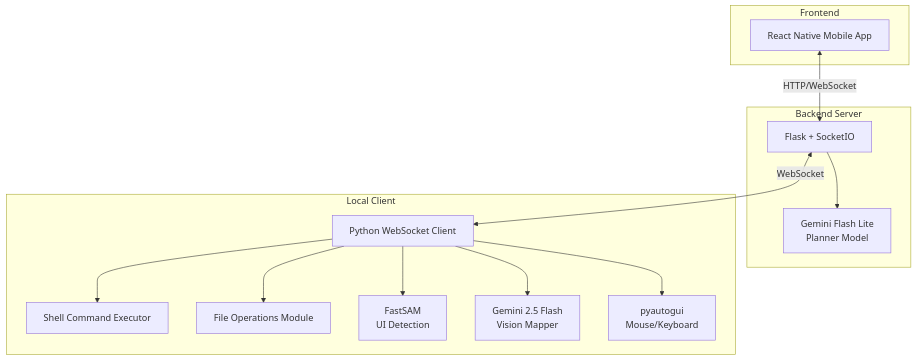
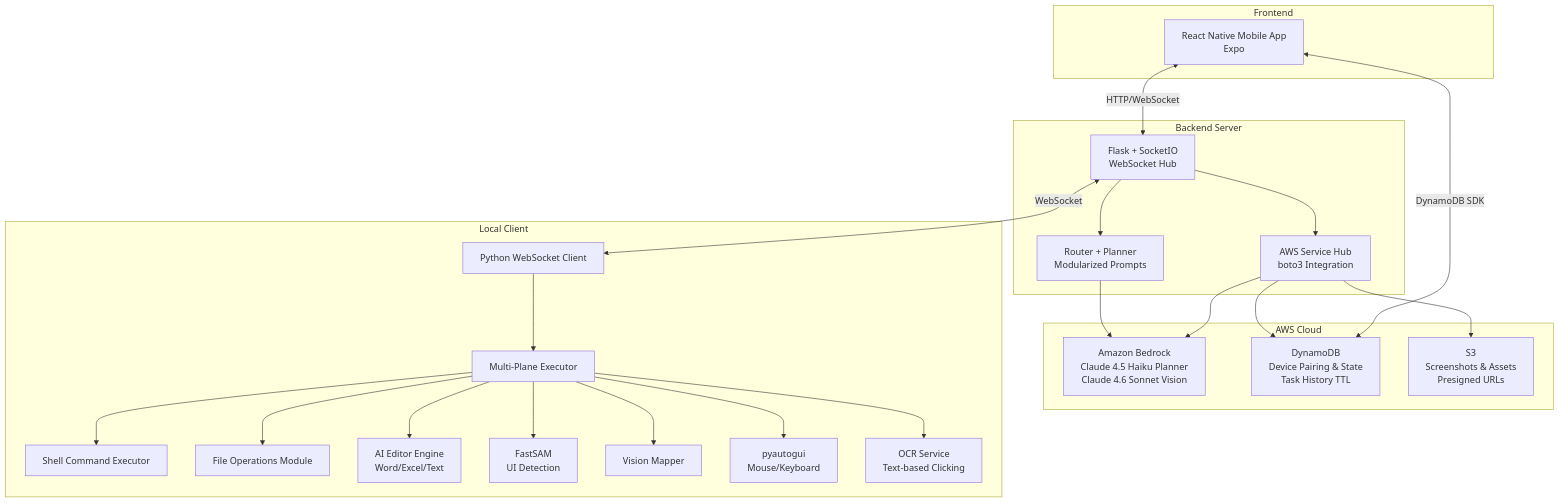
The fifth of 7 diagrams in README.md (Bada-Don/Jarvis), drawn with Mermaid before and after one commit. The commit also changed other lines of this file and 16 other files, not shown here.

Commit message:
Calling AWS DynamoDB instead of Firebase. Jarvis.py now gives proper logs, less Cluttered firebase logs,

````diff
--- a/README.md
+++ b/README.md
@@ -197,29 +298,48 @@
 ```mermaid
 graph TB
     subgraph Frontend
-        A[React Native Mobile App]
+        A[React Native Mobile App<br/>Expo]
+    end
+    
+    subgraph AWS Cloud
+        AWS1[Amazon Bedrock<br/>Claude 4.5 Haiku Planner<br/>Claude 4.6 Sonnet Vision]
+        AWS2[DynamoDB<br/>Device Pairing & State<br/>Task History TTL]
+        AWS3[S3<br/>Screenshots & Assets<br/>Presigned URLs]
     end
     
     subgraph Backend Server
-        B[Flask + SocketIO]
-        C[Gemini Flash Lite<br/>Planner Model]
+        B[Flask + SocketIO<br/>WebSocket Hub]
+        C[AWS Service Hub<br/>boto3 Integration]
+        D[Router + Planner<br/>Modularized Prompts]
     end
     
     subgraph Local Client
-        D[Python WebSocket Client]
-        E[Shell Command Executor]
-        F[File Operations Module]
-        G[FastSAM<br/>UI Detection]
-        H[Gemini 2.5 Flash<br/>Vision Mapper]
-        I[pyautogui<br/>Mouse/Keyboard]
+        E[Python WebSocket Client]
+        F[Multi-Plane Executor]
+        G[Shell Command Executor]
+        H[File Operations Module]
+        I[AI Editor Engine<br/>Word/Excel/Text]
+        J[FastSAM<br/>UI Detection]
+        K[Vision Mapper]
+        L[pyautogui<br/>Mouse/Keyboard]
+        M[OCR Service<br/>Text-based Clicking]
     end
     
     A <-->|HTTP/WebSocket| B
+    A <-->|DynamoDB SDK| AWS2
     B --> C
-    B <-->|WebSocket| D
-    D --> E
-    D --> F
-    D --> G
-    D --> H
-    D --> I
+    B --> D
+    C --> AWS1
+    C --> AWS2
+    C --> AWS3
+    D --> AWS1
+    B <-->|WebSocket| E
+    E --> F
+    F --> G
+    F --> H
+    F --> I
+    F --> J
+    F --> K
+    F --> L
+    F --> M
 ```
````
